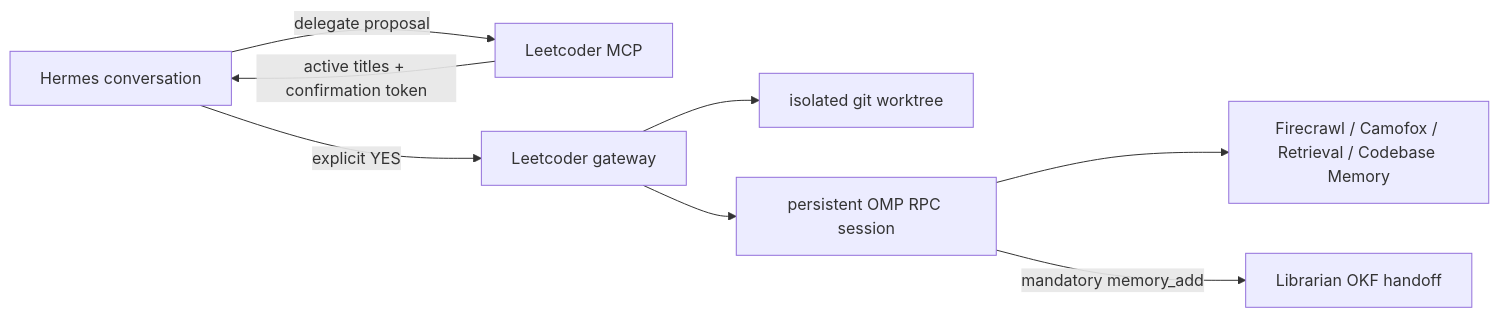
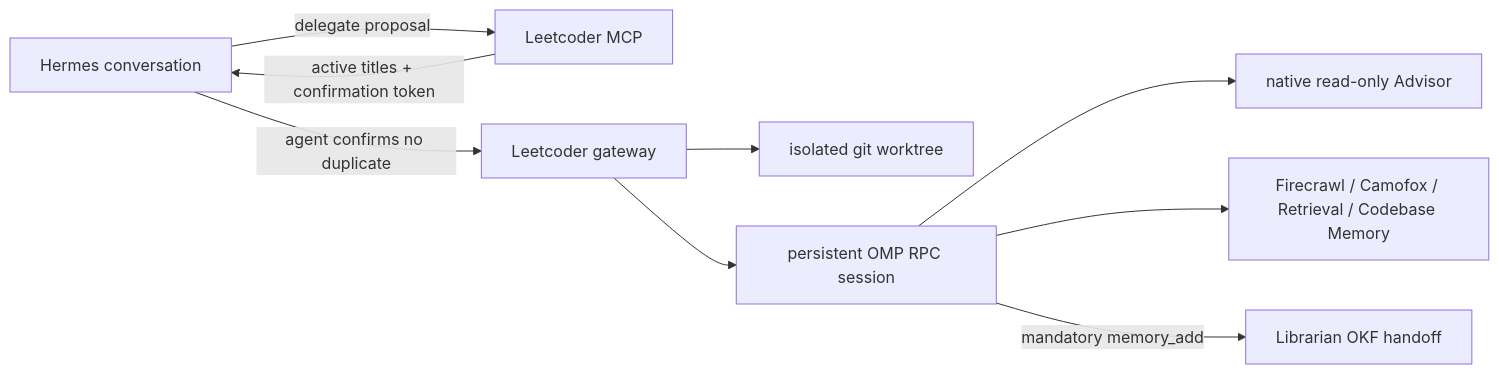
The diagram in README.md (CommanderTurtle/leetcoder), drawn with Mermaid before and after one commit. The commit also changed other lines of this file and 10 other files, not shown here.

````diff
--- a/README.md
+++ b/README.md
@@ -13,10 +13,11 @@
 ```mermaid
 flowchart LR
   H["Hermes conversation"] -->|"delegate proposal"| M["Leetcoder MCP"]
   M -->|"active titles + confirmation token"| H
-  H -->|"explicit YES"| G["Leetcoder gateway"]
+  H -->|"agent confirms no duplicate"| G["Leetcoder gateway"]
   G --> W["isolated git worktree"]
   G --> O["persistent OMP RPC session"]
+  O --> A["native read-only Advisor"]
   O --> F["Firecrawl / Camofox / Retrieval / Codebase Memory"]
   O -->|"mandatory memory_add"| L["Librarian OKF handoff"]
 ```
````
